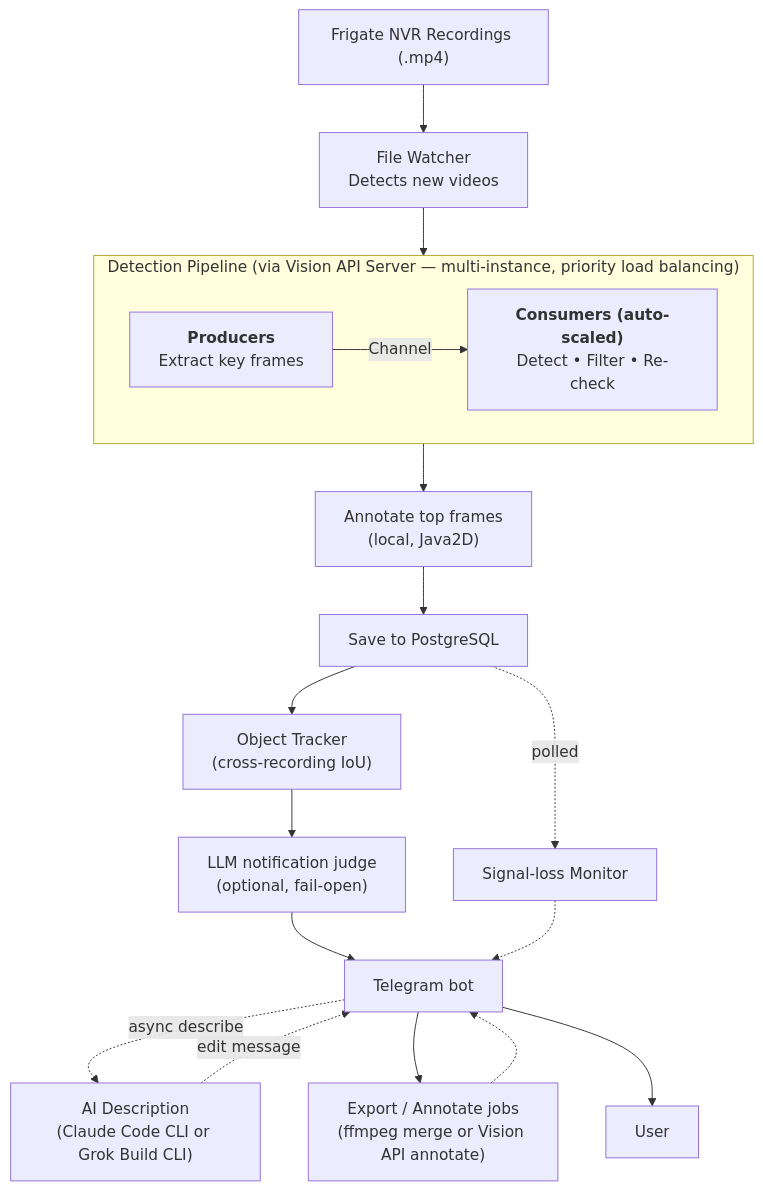
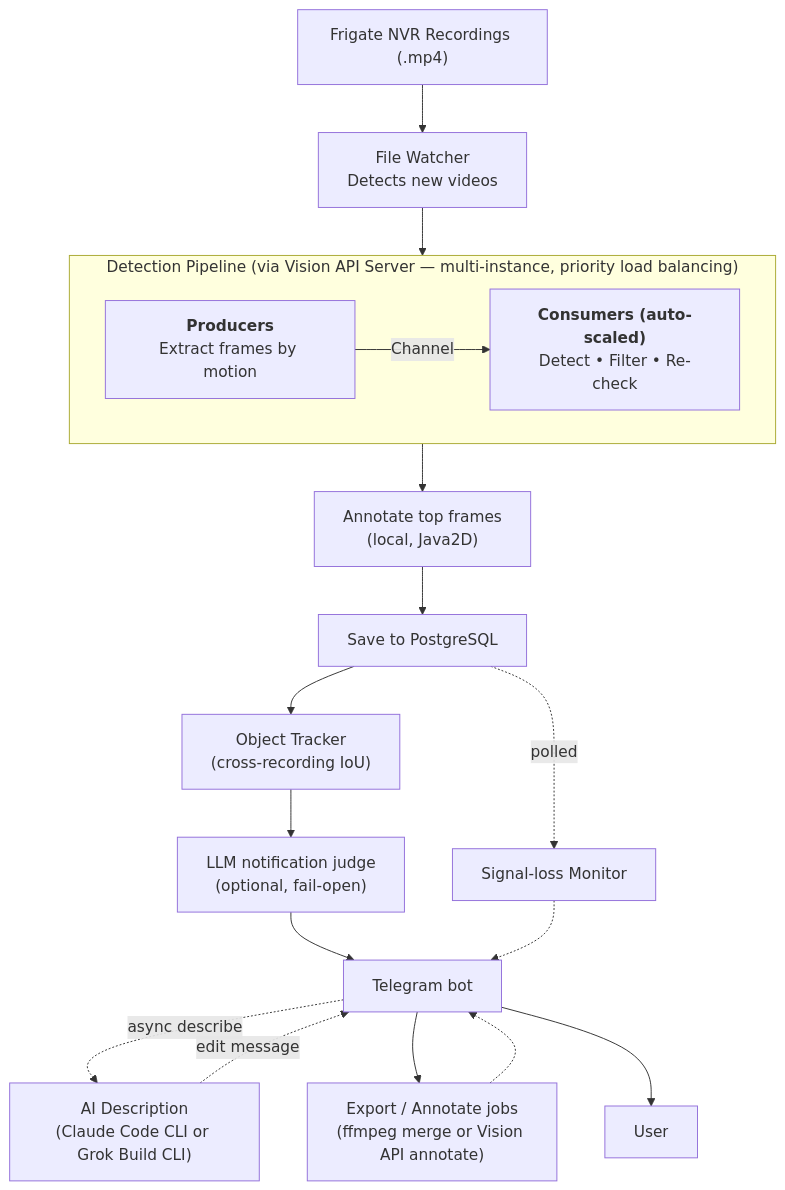
The diagram in README.md (zinin/frigate-analyzer), drawn with Mermaid before and after one commit. The commit also changed other lines of this file and 1 other file, not shown here.

First line of the commit message:
docs: describe frame selection by motion

````diff
--- a/README.md
+++ b/README.md
@@ -7,26 +7,26 @@
 ```mermaid
 graph TD
     A["Frigate NVR Recordings (.mp4)"] --> B["File Watcher<br/>Detects new videos"]
     B --> C
 
     subgraph C ["Detection Pipeline (via Vision API Server — multi-instance, priority load balancing)"]
         direction LR
-        P["<b>Producers</b><br/>Extract key frames"] -- "Channel" --> Q["<b>Consumers (auto-scaled)</b><br/>Detect • Filter • Re-check"]
+        P["<b>Producers</b><br/>Extract frames by motion"] -- "Channel" --> Q["<b>Consumers (auto-scaled)</b><br/>Detect • Filter • Re-check"]
     end
 
     C --> VIS["Annotate top frames<br/>(local, Java2D)"]
     VIS --> D["Save to PostgreSQL"]
     D --> E["Object Tracker<br/>(cross-recording IoU)"]
     E --> J["LLM notification judge<br/>(optional, fail-open)"]
     J --> F["Telegram bot"]
 
     D -. "polled" .-> SL["Signal-loss Monitor"]
     SL -.-> F
 
     F -. "async describe" .-> AI["AI Description<br/>(Claude Code CLI or Grok Build CLI)"]
     AI -. "edit message" .-> F
 
     F --> EX["Export / Annotate jobs<br/>(ffmpeg merge or Vision API annotate)"]
     EX -.-> F
     F --> U["User"]
 ```
````
